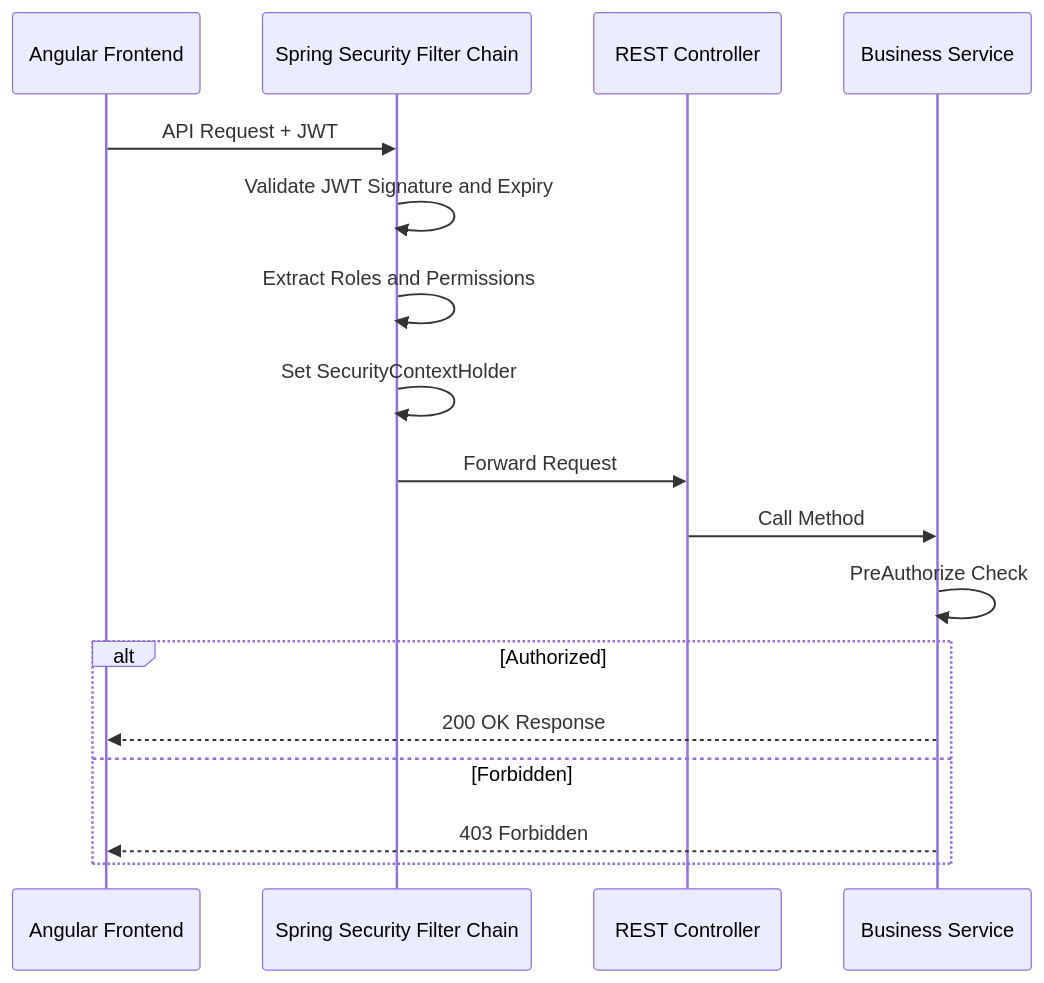
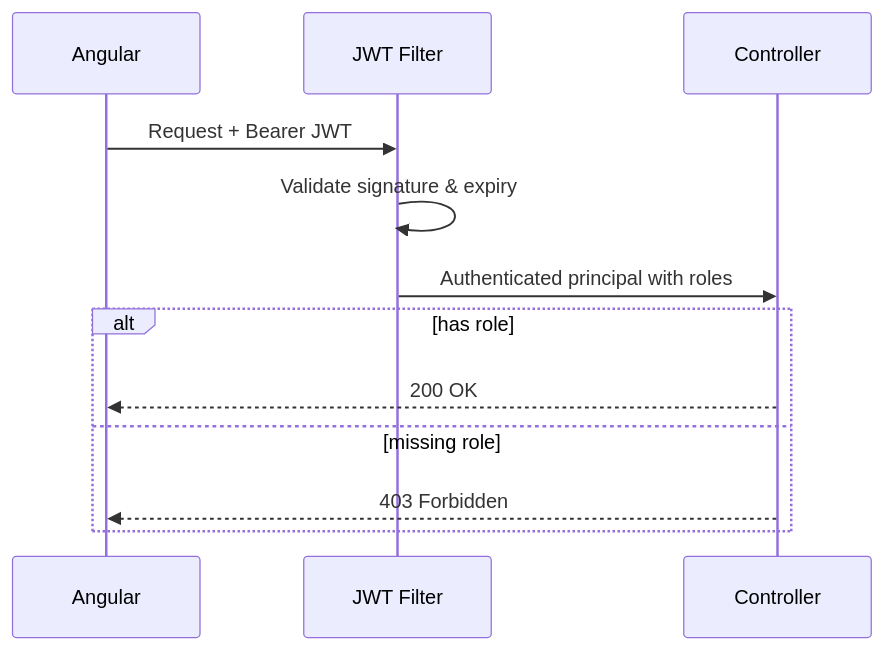
One commit to kirtika-0102/StockSmart changed the second of 4 diagrams in docs/security.md. Above: the diagram before and after it, drawn with Mermaid. The commit also changed other lines of this file and 74 other files, not shown here.

Commit message:
architecture of application

````diff
--- a/docs/security.md
+++ b/docs/security.md
@@ -108,20 +57,15 @@
 ```mermaid
 sequenceDiagram
-    participant Client as Angular Frontend
-    participant FilterChain as Spring Security Filter Chain
-    participant Controller as REST Controller
-    participant Service as Business Service
+    participant Client as Angular
+    participant Filter as JWT Filter
+    participant API as Controller
 
-    Client->>FilterChain: API Request + JWT
-    FilterChain->>FilterChain: Validate JWT Signature and Expiry
-    FilterChain->>FilterChain: Extract Roles and Permissions
-    FilterChain->>FilterChain: Set SecurityContextHolder
-    FilterChain->>Controller: Forward Request
-    Controller->>Service: Call Method
-    Service->>Service: PreAuthorize Check
-    alt Authorized
-        Service-->>Client: 200 OK Response
-    else Forbidden
-        Service-->>Client: 403 Forbidden
+    Client->>Filter: Request + Bearer JWT
+    Filter->>Filter: Validate signature & expiry
+    Filter->>API: Authenticated principal with roles
+    alt has role
+        API-->>Client: 200 OK
+    else missing role
+        API-->>Client: 403 Forbidden
     end
 ```
````
